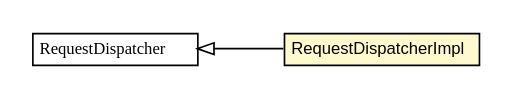
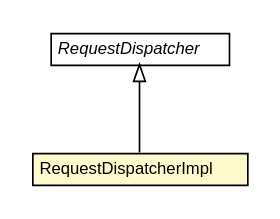
Before and after one commit to reinert/requestor: the diagram in 0.3.0-SNAPSHOT/javadoc/apidocs/io/reinert/requestor/RequestDispatcherImpl.dot, drawn with Graphviz. The commit also changed 1943 other files, not shown here.

```diff
--- a/0.3.0-SNAPSHOT/javadoc/apidocs/io/reinert/requestor/RequestDispatcherImpl.dot
+++ b/0.3.0-SNAPSHOT/javadoc/apidocs/io/reinert/requestor/RequestDispatcherImpl.dot
@@ -1,27 +1,26 @@
 #!/usr/local/bin/dot
 #
 # Class diagram 
 # Generated by UMLGraph version R5_6-24-gf6e263 (http://www.umlgraph.org/)
 #
 
 digraph G {
-	edge [fontname="arial",fontsize=10,labelfontname="arial",labelfontsize=10];
-	node [fontname="arial",fontsize=10,shape=plaintext];
+	edge [fontname="Helvetica",fontsize=10,labelfontname="Helvetica",labelfontsize=10];
+	node [fontname="Helvetica",fontsize=10,shape=plaintext];
 	nodesep=0.25;
 	ranksep=0.5;
-	rankdir=LR;
 	// io.reinert.requestor.RequestDispatcherImpl
-	c11137 [label=<<table title="io.reinert.requestor.RequestDispatcherImpl" border="0" cellborder="1" cellspacing="0" cellpadding="2" port="p" bgcolor="lemonChiffon" href="./RequestDispatcherImpl.html">
+	c25005 [label=<<table title="io.reinert.requestor.RequestDispatcherImpl" border="0" cellborder="1" cellspacing="0" cellpadding="2" port="p" bgcolor="lemonChiffon" href="./RequestDispatcherImpl.html">
 		<tr><td><table border="0" cellspacing="0" cellpadding="1">
 <tr><td align="center" balign="center"> RequestDispatcherImpl </td></tr>
 		</table></td></tr>
-		</table>>, URL="./RequestDispatcherImpl.html", fontname="arial", fontcolor="black", fontsize=10.0];
+		</table>>, URL="./RequestDispatcherImpl.html", fontname="Helvetica", fontcolor="black", fontsize=10.0];
 	// io.reinert.requestor.RequestDispatcher
-	c11140 [label=<<table title="io.reinert.requestor.RequestDispatcher" border="0" cellborder="1" cellspacing="0" cellpadding="2" port="p" href="./RequestDispatcher.html">
+	c25043 [label=<<table title="io.reinert.requestor.RequestDispatcher" border="0" cellborder="1" cellspacing="0" cellpadding="2" port="p" href="./RequestDispatcher.html">
 		<tr><td><table border="0" cellspacing="0" cellpadding="1">
-<tr><td align="center" balign="center"><font face="arial italic"> RequestDispatcher </font></td></tr>
+<tr><td align="center" balign="center"><font face="Helvetica-Oblique"> RequestDispatcher </font></td></tr>
 		</table></td></tr>
-		</table>>, URL="./RequestDispatcher.html", fontname="arial", fontcolor="black", fontsize=10.0];
+		</table>>, URL="./RequestDispatcher.html", fontname="Helvetica", fontcolor="black", fontsize=10.0];
 	//io.reinert.requestor.RequestDispatcherImpl extends io.reinert.requestor.RequestDispatcher
-	c11140:p -> c11137:p [dir=back,arrowtail=empty];
+	c25043:p -> c25005:p [dir=back,arrowtail=empty];
 }
```
